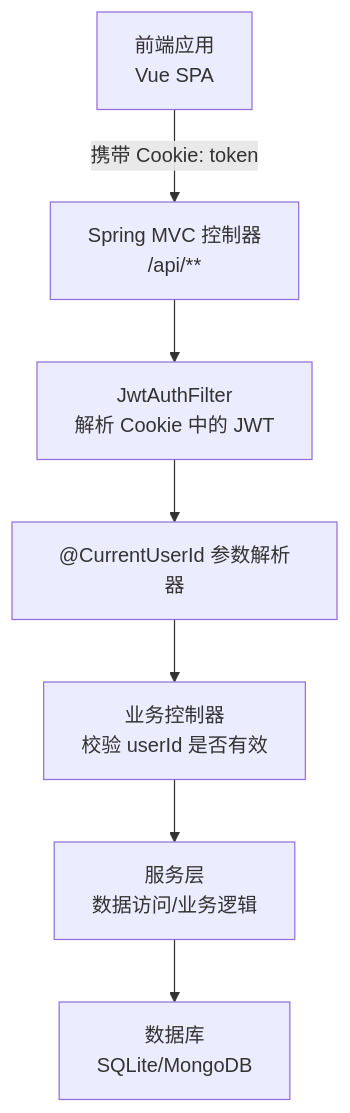
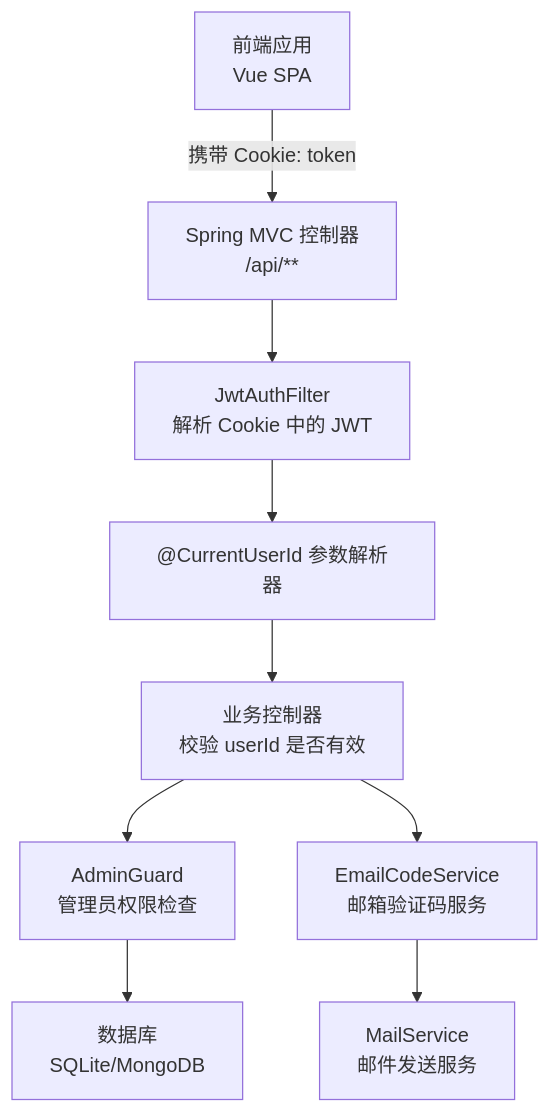
Before and after one commit to huangman881112/aiforip: the first of 6 diagrams in .qoder/repowiki/zh/content/安全与认证/安全与认证.md, drawn with Mermaid. The commit also changed other lines of this file and 98 other files, not shown here.

````diff
--- a/.qoder/repowiki/zh/content/安全与认证/安全与认证.md
+++ b/.qoder/repowiki/zh/content/安全与认证/安全与认证.md
@@ -49,9 +68,11 @@
 ```mermaid
 graph TB
 FE["前端应用<br/>Vue SPA"] --> |携带 Cookie: token| API["Spring MVC 控制器<br/>/api/**"]
 API --> Filter["JwtAuthFilter<br/>解析 Cookie 中的 JWT"]
 Filter --> Resolver["@CurrentUserId 参数解析器"]
 Resolver --> Controller["业务控制器<br/>校验 userId 是否有效"]
-Controller --> Service["服务层<br/>数据访问/业务逻辑"]
-Service --> DB["数据库<br/>SQLite/MongoDB"]
+Controller --> AdminGuard["AdminGuard<br/>管理员权限检查"]
+AdminGuard --> DB["数据库<br/>SQLite/MongoDB"]
+Controller --> EmailCode["EmailCodeService<br/>邮箱验证码服务"]
+EmailCode --> Mail["MailService<br/>邮件发送服务"]
 ```
````
